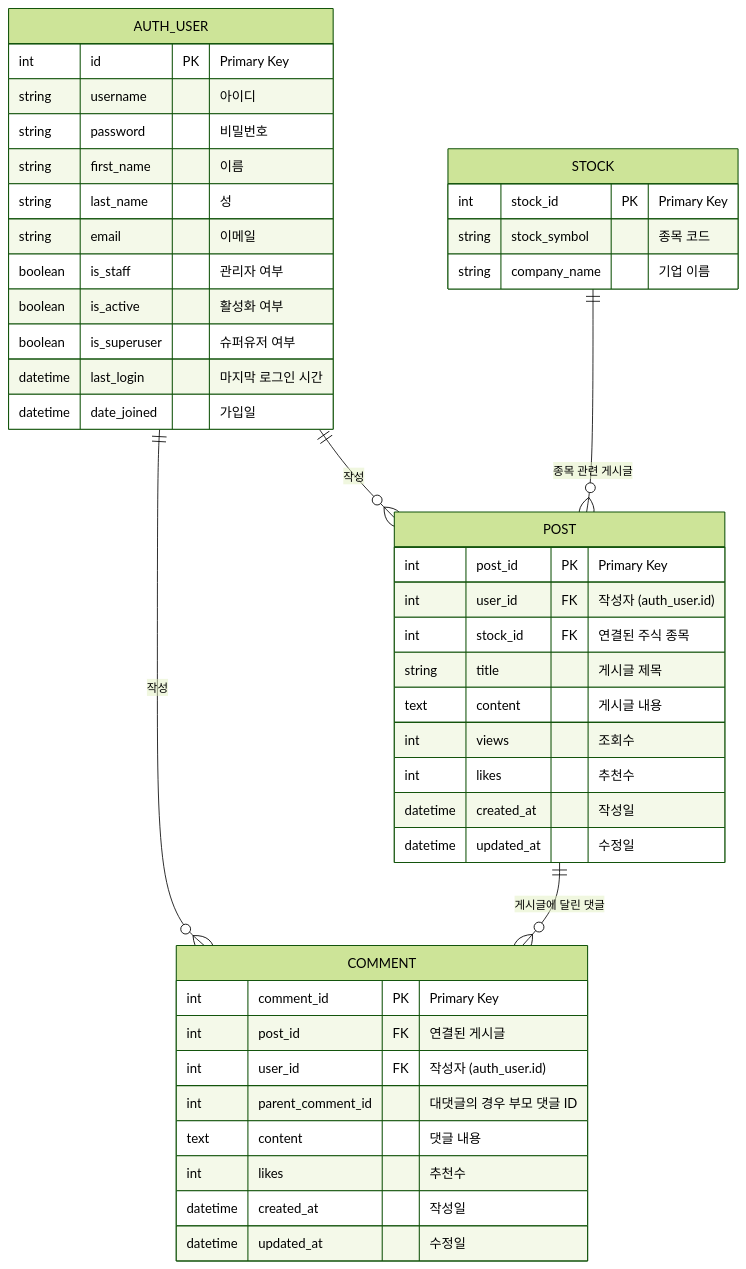
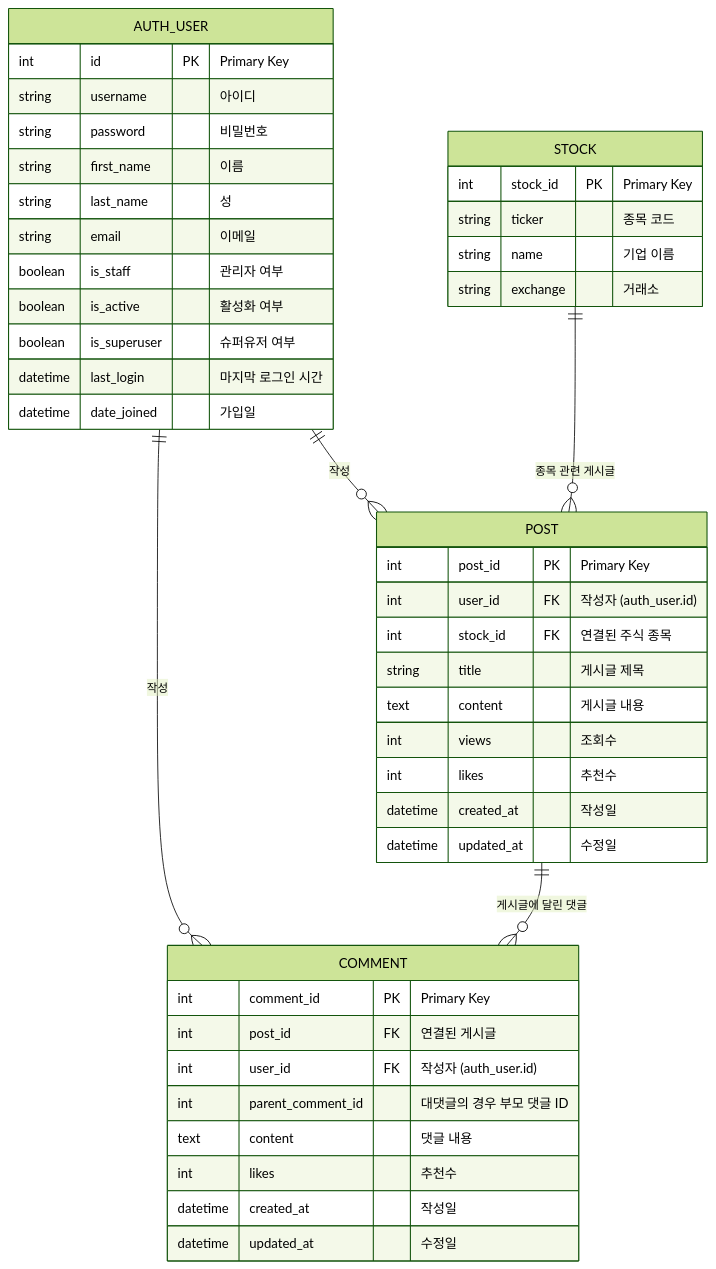
Before and after one commit to Donggyu-Kim1/stalk: the third of 3 diagrams in README.md, drawn with Mermaid (forest theme). The commit also changed other lines of this file and 13 other files, not shown here.

````diff
--- a/README.md
+++ b/README.md
@@ -255,50 +255,51 @@
 ```mermaid
 erDiagram
     AUTH_USER {
         int id PK "Primary Key"
         string username "아이디"
         string password "비밀번호"
         string first_name "이름"
         string last_name "성"
         string email "이메일"
         boolean is_staff "관리자 여부"
         boolean is_active "활성화 여부"
         boolean is_superuser "슈퍼유저 여부"
         datetime last_login "마지막 로그인 시간"
         datetime date_joined "가입일"
     }
 
     POST {
         int post_id PK "Primary Key"
         int user_id FK "작성자 (auth_user.id)"
         int stock_id FK "연결된 주식 종목"
         string title "게시글 제목"
         text content "게시글 내용"
         int views "조회수"
         int likes "추천수"
         datetime created_at "작성일"
         datetime updated_at "수정일"
     }
 
     COMMENT {
         int comment_id PK "Primary Key"
         int post_id FK "연결된 게시글"
         int user_id FK "작성자 (auth_user.id)"
         int parent_comment_id "대댓글의 경우 부모 댓글 ID"
         text content "댓글 내용"
         int likes "추천수"
         datetime created_at "작성일"
         datetime updated_at "수정일"
     }
 
     STOCK {
         int stock_id PK "Primary Key"
-        string stock_symbol "종목 코드"
-        string company_name "기업 이름"
+        string ticker "종목 코드"
+        string name "기업 이름"
+        string exchange "거래소"
     }
 
     AUTH_USER ||--o{ POST : "작성"
     AUTH_USER ||--o{ COMMENT : "작성"
     POST ||--o{ COMMENT : "게시글에 달린 댓글"
     STOCK ||--o{ POST : "종목 관련 게시글"
 ```
````
